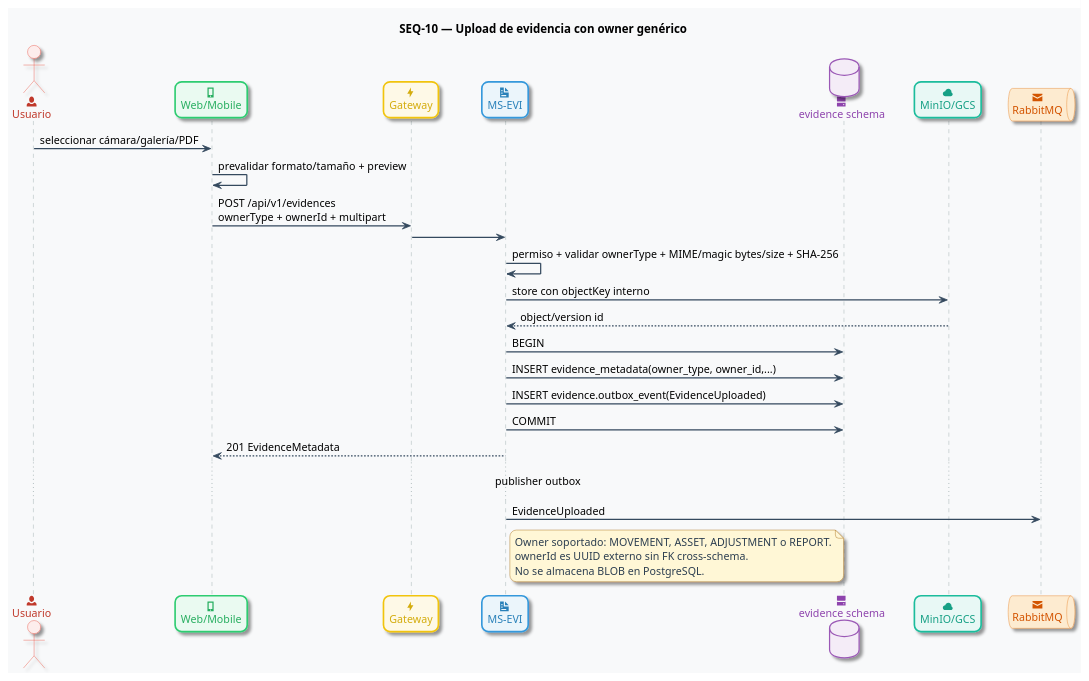
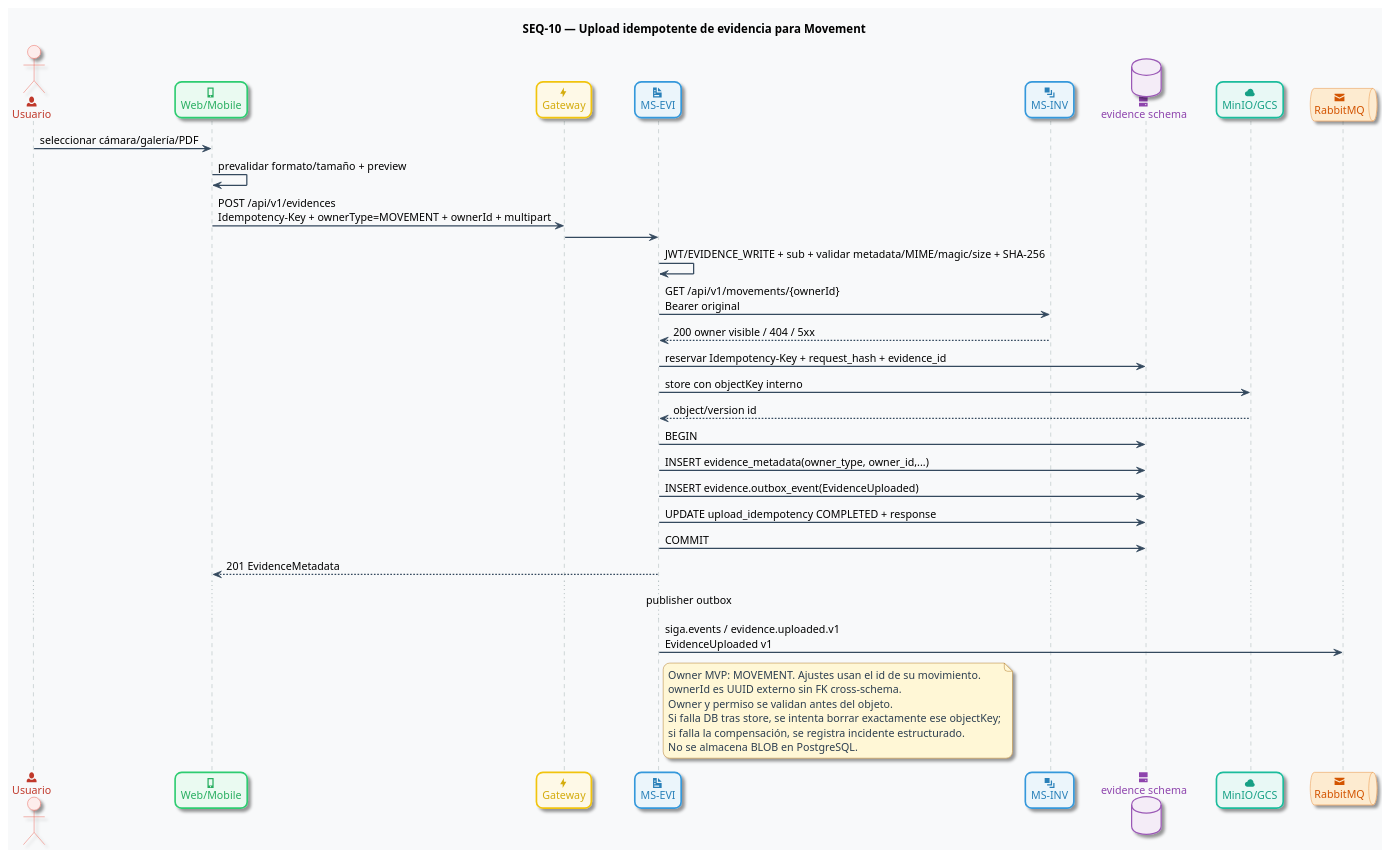
One commit to Emma3TC-main/siga-documentation changed the diagram in SIGA_Documentacion_Tecnica_Final_v1.2/diagramas/secuencia/SEQ_10_Upload_Evidencia.puml. Above: the diagram before and after it, drawn with PlantUML. The commit also changed 40 other files, not shown here.

```diff
--- a/SIGA_Documentacion_Tecnica_Final_v1.2/diagramas/secuencia/SEQ_10_Upload_Evidencia.puml
+++ b/SIGA_Documentacion_Tecnica_Final_v1.2/diagramas/secuencia/SEQ_10_Upload_Evidencia.puml
@@ -1,102 +1,110 @@
 @startuml
-title SEQ-10 — Upload de evidencia con owner genérico
+title SEQ-10 — Upload idempotente de evidencia para Movement
 
 ' --- Configuración visual (Skinparams) Mejorada ---
 skinparam shadowing true
 skinparam roundcorner 16
 skinparam defaultFontName "Segoe UI", Helvetica, Arial, sans-serif
 skinparam defaultFontSize 13
 skinparam BackgroundColor #F8F9FA
 
 ' Ocultar las etiquetas de los estereotipos para mantener un diseño limpio
 hide stereotype
 
 ' --- Estilos base para Secuencia ---
 skinparam sequence {
   ArrowColor #34495E
   ArrowThickness 1.5
   LifeLineBorderColor #95A5A6
   LifeLineBackgroundColor #ECF0F1
   
   ParticipantBorderThickness 2
   ParticipantPadding 20
   
   ' Estilos de Grupos (alt/else)
   GroupHeaderFontColor #2C3E50
   GroupHeaderBackgroundColor #EAECEE
   GroupBorderColor #ABB2B9
   GroupBorderThickness 1.5
   GroupBackgroundColor #FFFFFF
 }
 
 ' --- Paleta de Colores Diferenciada por Componente ---
 skinparam actor {
   BackgroundColor<<User>> #FDEDEC
   BorderColor<<User>> #E74C3C
   FontColor<<User>> #C0392B
 }
 skinparam participant {
   BackgroundColor<<Client>> #EAFAF1
   BorderColor<<Client>> #2ECC71
   FontColor<<Client>> #27AE60
 
   BackgroundColor<<Gateway>> #FEF9E7
   BorderColor<<Gateway>> #F1C40F
   FontColor<<Gateway>> #D4AC0D
 
   BackgroundColor<<Microservice>> #EBF5FB
   BorderColor<<Microservice>> #3498DB
   FontColor<<Microservice>> #2980B9
   
   ' Corrección: Los estilos de Storage se movieron a participant ya que "cloud" no es válido en secuencias
   BackgroundColor<<Storage>> #E8F8F5
   BorderColor<<Storage>> #1ABC9C
   FontColor<<Storage>> #16A085
 }
 skinparam database {
   BackgroundColor<<RDBMS>> #F4ECF7
   BorderColor<<RDBMS>> #9B59B6
   FontColor<<RDBMS>> #8E44AD
 }
 skinparam queue {
   BackgroundColor<<Queue>> #FDEBD0
   BorderColor<<Queue>> #E67E22
   FontColor<<Queue>> #D35400
 }
 skinparam note {
   BackgroundColor #FFF7D6
   BorderColor #A16207
   FontColor #2C3E50
 }
 
 ' --- Declaración de Participantes con Iconos y Estereotipos ---
 actor "<size:18><&person></size>\nUsuario" as Usuario <<User>>
 participant "<size:18><&phone></size>\nWeb/Mobile" as C <<Client>>
 participant "<size:18><&bolt></size>\nGateway" as Gateway <<Gateway>>
 participant "<size:18><&document></size>\nMS-EVI" as EVI <<Microservice>>
+participant "<size:18><&layers></size>\nMS-INV" as INV <<Microservice>>
 database "<size:18><&hard-drive></size>\nevidence schema" as DB <<RDBMS>>
 participant "<size:18><&cloud></size>\nMinIO/GCS" as OBJ <<Storage>>
 queue "<size:18><&envelope-closed></size>\nRabbitMQ" as RabbitMQ <<Queue>>
 
 ' --- Lógica y Contenido Original ---
 Usuario -> C : seleccionar cámara/galería/PDF
 C -> C : prevalidar formato/tamaño + preview
-C -> Gateway : POST /api/v1/evidences\nownerType + ownerId + multipart
+C -> Gateway : POST /api/v1/evidences\nIdempotency-Key + ownerType=MOVEMENT + ownerId + multipart
 Gateway -> EVI
-EVI -> EVI : permiso + validar ownerType + MIME/magic bytes/size + SHA-256
+EVI -> EVI : JWT/EVIDENCE_WRITE + sub + validar metadata/MIME/magic/size + SHA-256
+EVI -> INV : GET /api/v1/movements/{ownerId}\nBearer original
+INV --> EVI : 200 owner visible / 404 / 5xx
+EVI -> DB : reservar Idempotency-Key + request_hash + evidence_id
 EVI -> OBJ : store con objectKey interno
 OBJ --> EVI : object/version id
 EVI -> DB : BEGIN
 EVI -> DB : INSERT evidence_metadata(owner_type, owner_id,...)
 EVI -> DB : INSERT evidence.outbox_event(EvidenceUploaded)
+EVI -> DB : UPDATE upload_idempotency COMPLETED + response
 EVI -> DB : COMMIT
 EVI --> C : 201 EvidenceMetadata
 ... publisher outbox ...
-EVI -> RabbitMQ : EvidenceUploaded
+EVI -> RabbitMQ : siga.events / evidence.uploaded.v1\nEvidenceUploaded v1
 
 note right of EVI
-Owner soportado: MOVEMENT, ASSET, ADJUSTMENT o REPORT.
+Owner MVP: MOVEMENT. Ajustes usan el id de su movimiento.
 ownerId es UUID externo sin FK cross-schema.
+Owner y permiso se validan antes del objeto.
+Si falla DB tras store, se intenta borrar exactamente ese objectKey;
+si falla la compensación, se registra incidente estructurado.
 No se almacena BLOB en PostgreSQL.
 end note
 @enduml
```
